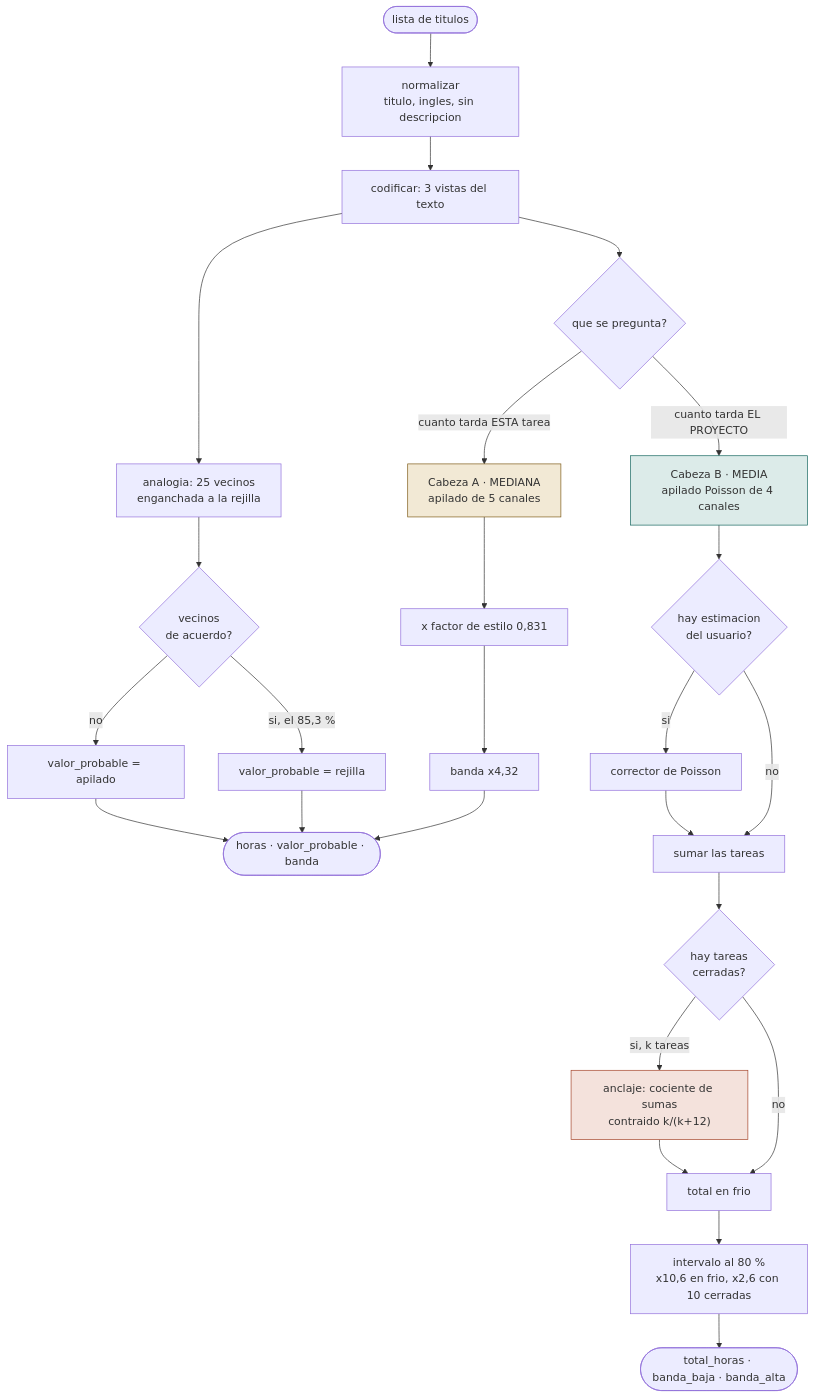
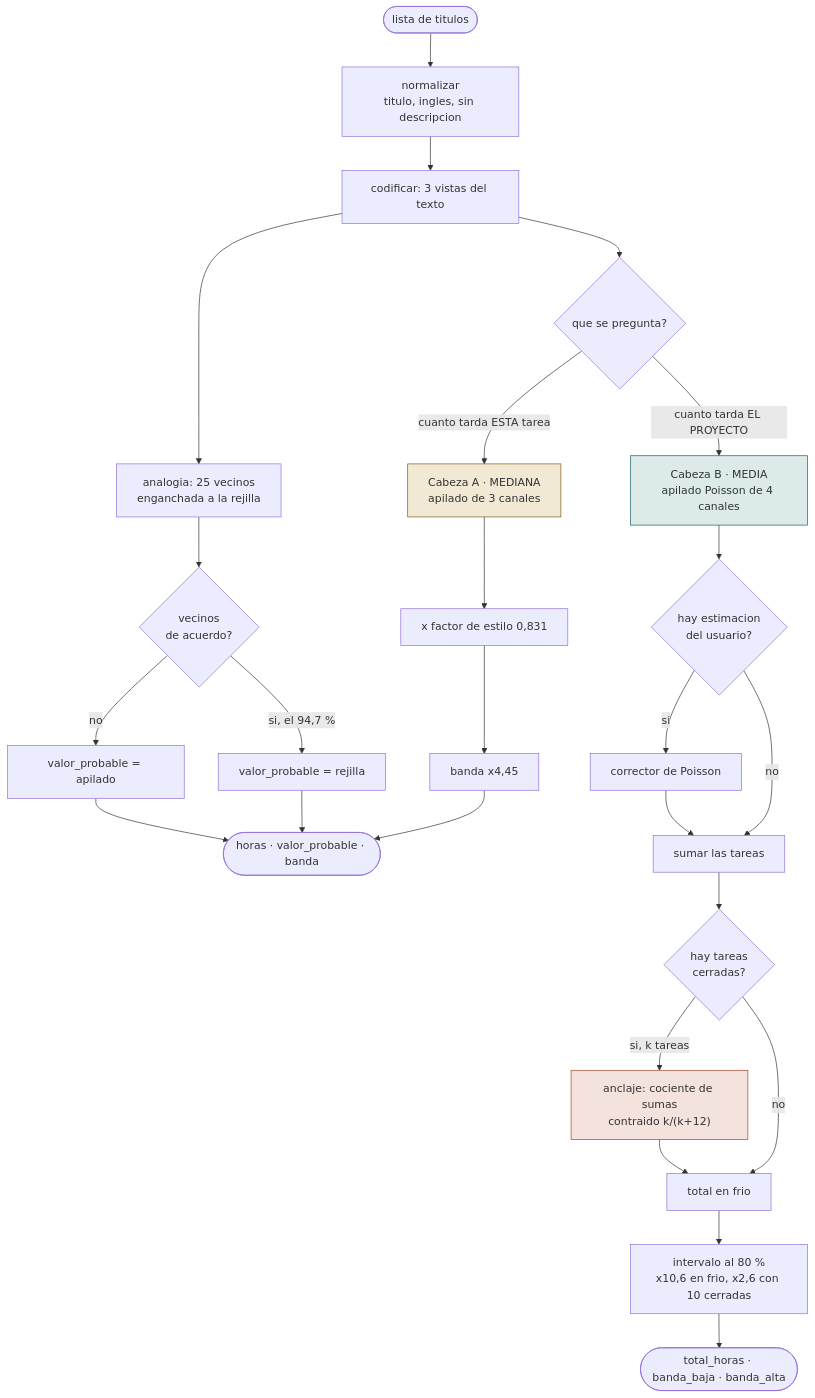
One commit to DTomasVr/Estimacion-progresiva-backlog changed the eighth of 15 diagrams in estimador/DISENO_PIPELINE.md. Above: the diagram before and after it, drawn with Mermaid. The commit also changed other lines of this file and 4 other files, not shown here.

````diff
--- a/estimador/DISENO_PIPELINE.md
+++ b/estimador/DISENO_PIPELINE.md
@@ -789,33 +790,33 @@
 ```mermaid
 flowchart TB
     IN(["lista de titulos"]) --> NORM["normalizar<br/>titulo, ingles, sin descripcion"]
     NORM --> VIS["codificar: 3 vistas del texto"]
     VIS --> RA{"que se pregunta?"}
 
-    RA -->|cuanto tarda ESTA tarea| CA["Cabeza A · MEDIANA<br/>apilado de 5 canales"]
+    RA -->|cuanto tarda ESTA tarea| CA["Cabeza A · MEDIANA<br/>apilado de 3 canales"]
     CA --> EST["x factor de estilo 0,831"]
-    EST --> BND["banda x4,32"]
+    EST --> BND["banda x4,45"]
     VIS --> ANA["analogia: 25 vecinos<br/>enganchada a la rejilla"]
     ANA --> VP{"vecinos<br/>de acuerdo?"}
-    VP -->|si, el 85,3 %| VPS["valor_probable = rejilla"]
+    VP -->|si, el 94,7 %| VPS["valor_probable = rejilla"]
     VP -->|no| VPN["valor_probable = apilado"]
     BND --> OUT1(["horas · valor_probable · banda"])
     VPS --> OUT1
     VPN --> OUT1
 
     RA -->|cuanto tarda EL PROYECTO| CB["Cabeza B · MEDIA<br/>apilado Poisson de 4 canales"]
     CB --> UE{"hay estimacion<br/>del usuario?"}
     UE -->|si| CORR["corrector de Poisson"]
     UE -->|no| SUM["sumar las tareas"]
     CORR --> SUM
     SUM --> CER{"hay tareas<br/>cerradas?"}
     CER -->|no| TOT["total en frio"]
     CER -->|si, k tareas| ANC["anclaje: cociente de sumas<br/>contraido k/(k+12)"]
     ANC --> TOT
     TOT --> INT["intervalo al 80 %<br/>x10,6 en frio, x2,6 con 10 cerradas"]
     INT --> OUT2(["total_horas · banda_baja · banda_alta"])
 
     style CA fill:#f2e9d5,stroke:#7d5a17
     style CB fill:#dcebe9,stroke:#12645d
     style ANC fill:#f4e2dc,stroke:#a4442a
 ```
````
